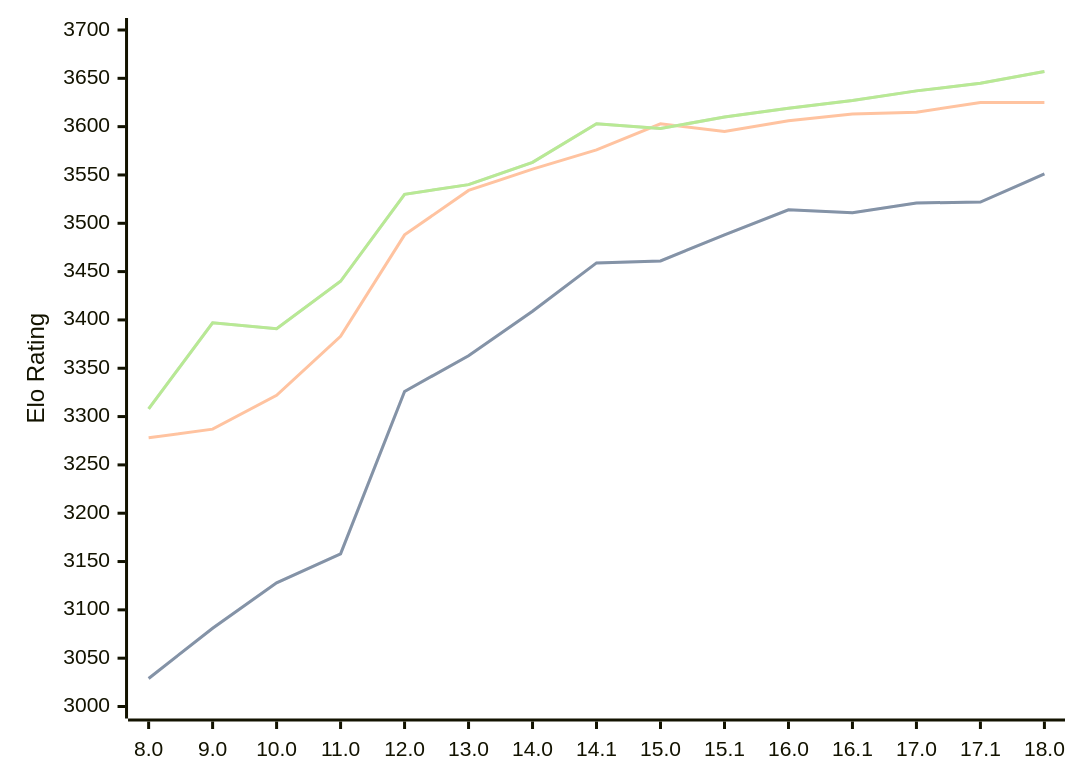
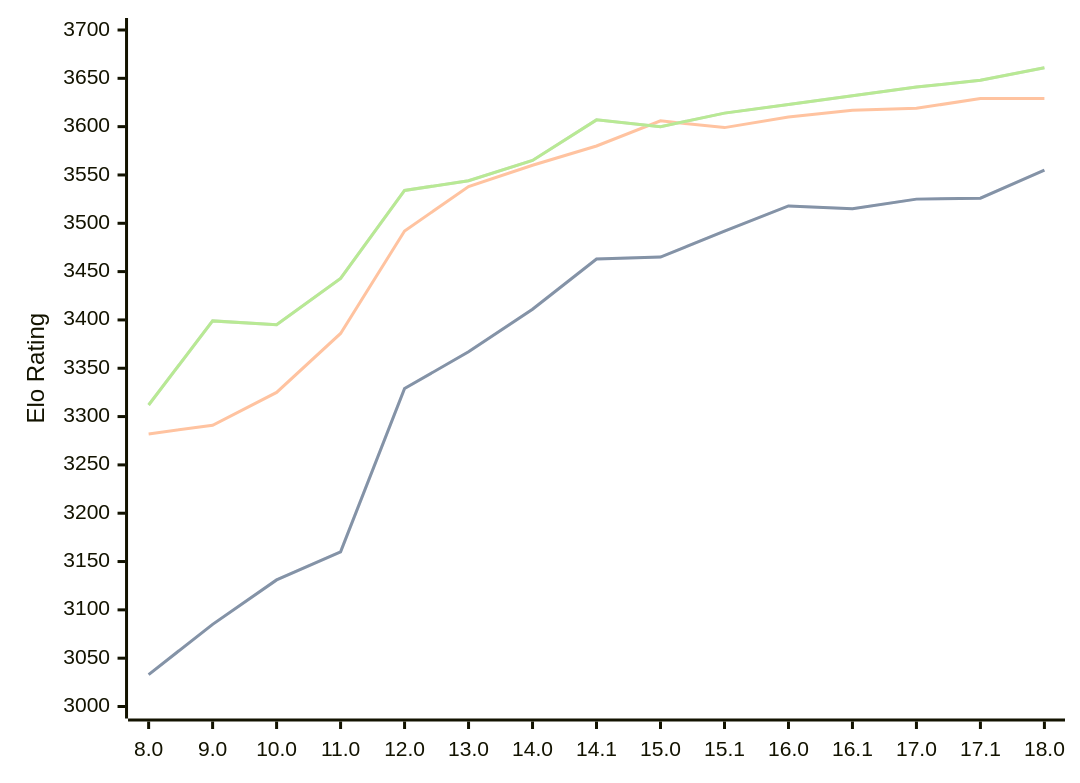
One commit to computer-chess-index/cci changed the diagram in engines/Stockfish.md. Above: the diagram before and after it, drawn with Mermaid. The commit also changed other lines of this file, not shown here.

Commit message:
Update CCI Ratings (ELO VLTC) - 2026-05-02

````diff
--- a/engines/Stockfish.md
+++ b/engines/Stockfish.md
@@ -46,11 +46,11 @@
 ```mermaid
 %%{init: {"theme":"base","themeVariables":{"seriesColors:['#a3a3a3','#222221','#faa371']}}}%%
 xychart-beta
   x-axis ["8.0", "9.0", "10.0", "11.0", "12.0", "13.0", "14.0", "14.1", "15.0", "15.1", "16.0", "16.1", "17.0", "17.1", "18.0"]
   y-axis "Elo Rating" 3000 --> 3700
-  line "STC (8.0+0.08s)" [3029, 3081, 3128, 3158, 3326, 3363, 3409, 3459, 3461, 3488, 3514, 3511, 3521, 3522, 3551]
-  line "STC (8.0+0.08s)" [3029, 3081, 3128, 3158, 3326, 3363, 3409, 3459, 3461, 3488, 3514, 3511, 3521, 3522, 3551]
-  line "LTC (60.0+0.60s)" [3278, 3287, 3322, 3383, 3488, 3534, 3556, 3576, 3603, 3595, 3606, 3613, 3615, 3625, 3625]
-  line "VLTC (2m24s+1.12s)" [3308, 3397, 3391, 3440, 3530, 3540, 3563, 3603, 3598, 3610, 3619, 3627, 3637, 3645, 3657]
-  line "VLTC (2m24s+1.12s)" [3308, 3397, 3391, 3440, 3530, 3540, 3563, 3603, 3598, 3610, 3619, 3627, 3637, 3645, 3657]
+  line "STC (8.0+0.08s)" [3033, 3085, 3131, 3160, 3329, 3367, 3411, 3463, 3465, 3492, 3518, 3515, 3525, 3526, 3555]
+  line "STC (8.0+0.08s)" [3033, 3085, 3131, 3160, 3329, 3367, 3411, 3463, 3465, 3492, 3518, 3515, 3525, 3526, 3555]
+  line "LTC (60.0+0.60s)" [3282, 3291, 3325, 3386, 3492, 3538, 3560, 3580, 3606, 3599, 3610, 3617, 3619, 3629, 3629]
+  line "VLTC (2m24s+1.12s)" [3312, 3399, 3395, 3443, 3534, 3544, 3565, 3607, 3600, 3614, 3623, 3632, 3641, 3648, 3661]
+  line "VLTC (2m24s+1.12s)" [3312, 3399, 3395, 3443, 3534, 3544, 3565, 3607, 3600, 3614, 3623, 3632, 3641, 3648, 3661]
 ```
````
